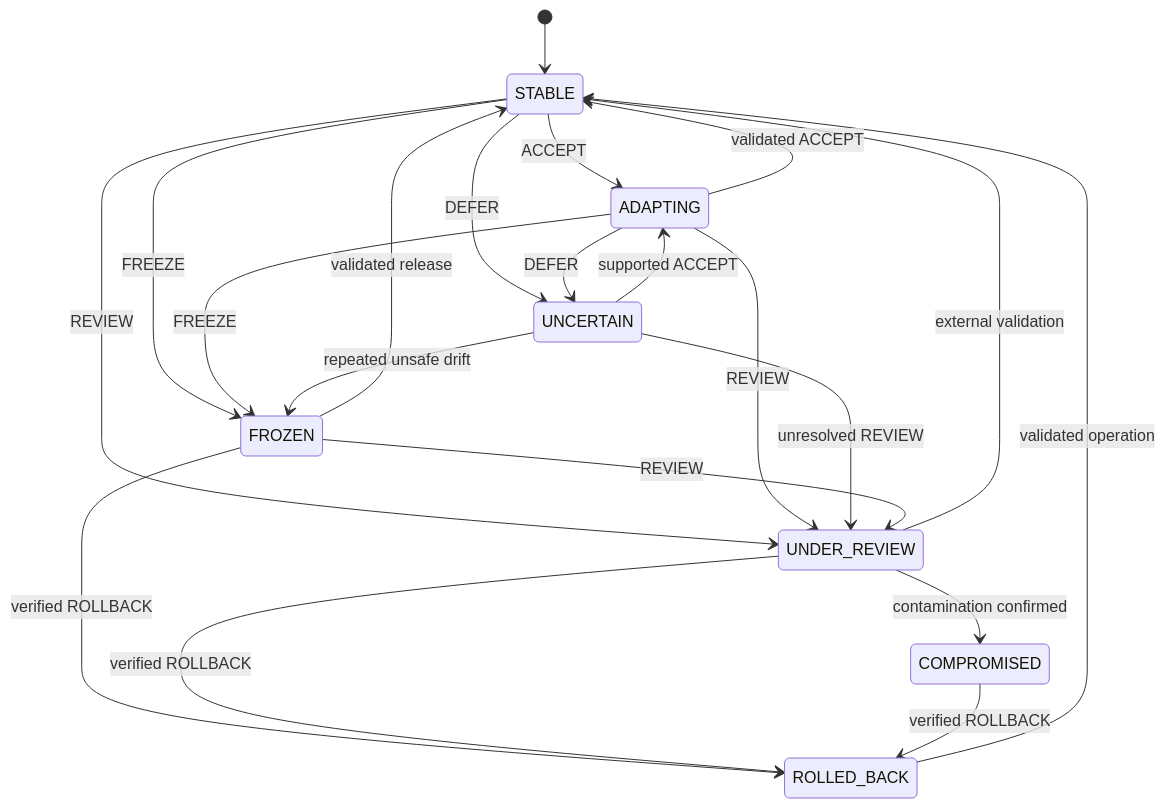
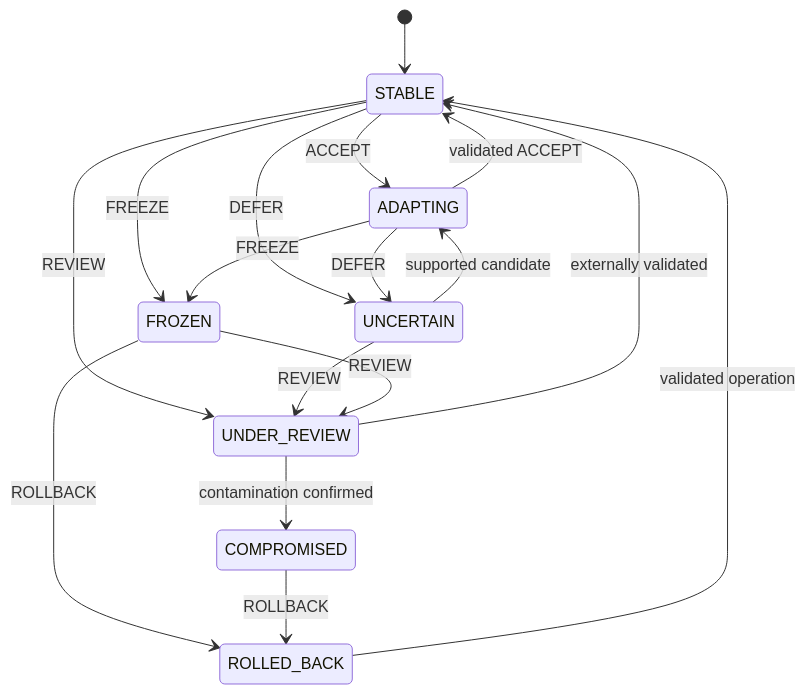
The fourth of 6 diagrams in docs/27_figures_and_captions.md (gitGyro-Dev/gyroauth), drawn with Mermaid before and after one commit. The commit also changed other lines of this file, not shown here.

Commit message:
Align figure design documentation with publication order

````diff
--- a/docs/27_figures_and_captions.md
+++ b/docs/27_figures_and_captions.md
@@ -72,29 +92,19 @@
 ```mermaid
 stateDiagram-v2
     [*] --> STABLE
-
     STABLE --> ADAPTING: ACCEPT
     STABLE --> UNCERTAIN: DEFER
     STABLE --> FROZEN: FREEZE
     STABLE --> UNDER_REVIEW: REVIEW
-
     ADAPTING --> STABLE: validated ACCEPT
     ADAPTING --> UNCERTAIN: DEFER
     ADAPTING --> FROZEN: FREEZE
-    ADAPTING --> UNDER_REVIEW: REVIEW
-
-    UNCERTAIN --> ADAPTING: supported ACCEPT
-    UNCERTAIN --> FROZEN: repeated unsafe drift
-    UNCERTAIN --> UNDER_REVIEW: unresolved REVIEW
-
+    UNCERTAIN --> ADAPTING: supported candidate
+    UNCERTAIN --> UNDER_REVIEW: REVIEW
     FROZEN --> UNDER_REVIEW: REVIEW
-    FROZEN --> ROLLED_BACK: verified ROLLBACK
-    FROZEN --> STABLE: validated release
-
-    UNDER_REVIEW --> STABLE: external validation
-    UNDER_REVIEW --> ROLLED_BACK: verified ROLLBACK
+    FROZEN --> ROLLED_BACK: ROLLBACK
+    COMPROMISED --> ROLLED_BACK: ROLLBACK
+    UNDER_REVIEW --> STABLE: externally validated
     UNDER_REVIEW --> COMPROMISED: contamination confirmed
-
-    COMPROMISED --> ROLLED_BACK: verified ROLLBACK
     ROLLED_BACK --> STABLE: validated operation
 ```
````
